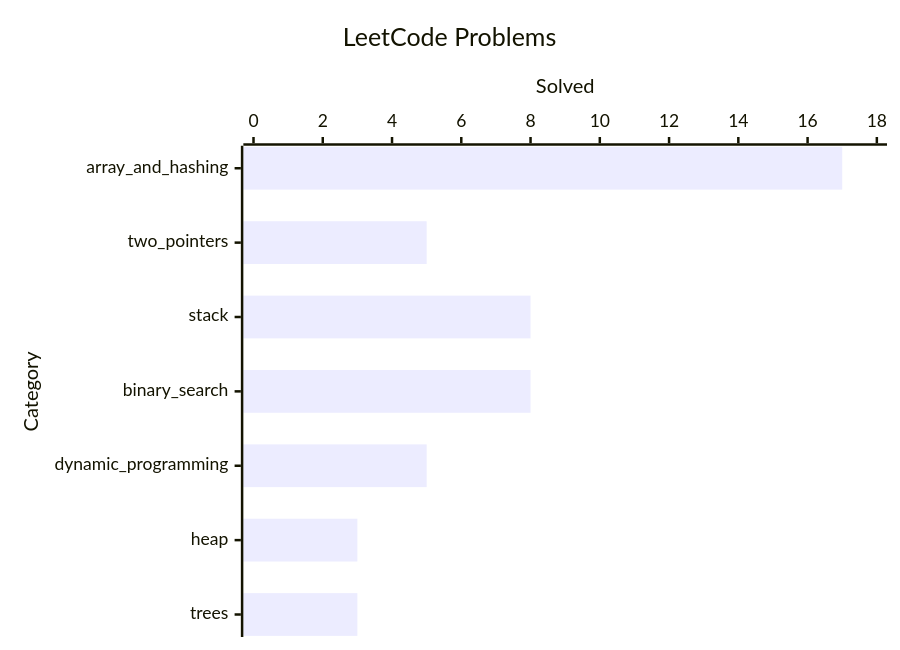
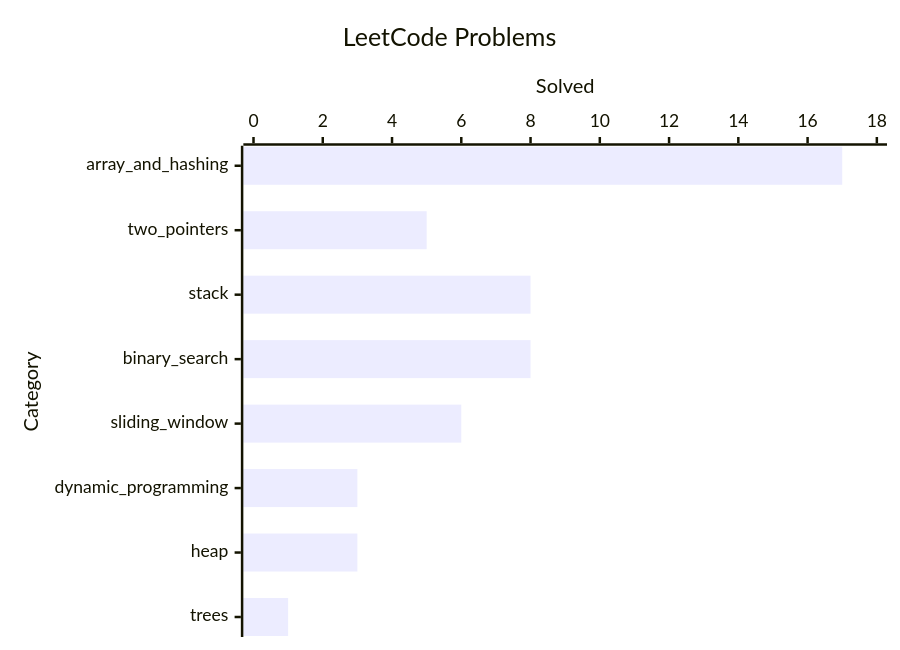
Before and after one commit to kevinknights29/Leetcode_Gym: the diagram in README.md, drawn with Mermaid. The commit also changed other lines of this file, not shown here.

Commit message:
docs: added entry to sliding window section

````diff
--- a/README.md
+++ b/README.md
@@ -7,7 +7,7 @@
 ```mermaid
 xychart-beta horizontal
     title "LeetCode Problems"
-    x-axis "Category" [array_and_hashing, two_pointers, stack, binary_search, dynamic_programming, heap, trees]
+    x-axis "Category" [array_and_hashing, two_pointers, stack, binary_search, sliding_window, dynamic_programming, heap, trees]
     y-axis "Solved" 0 --> 18
-    bar [17, 5, 8, 8, 5, 3, 3, 1]
+    bar [17, 5, 8, 8, 6, 3, 3, 1]
 ```
````
